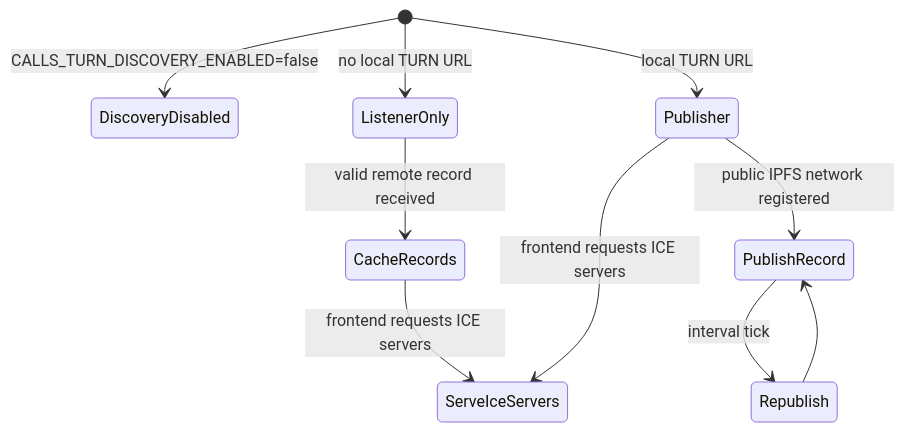
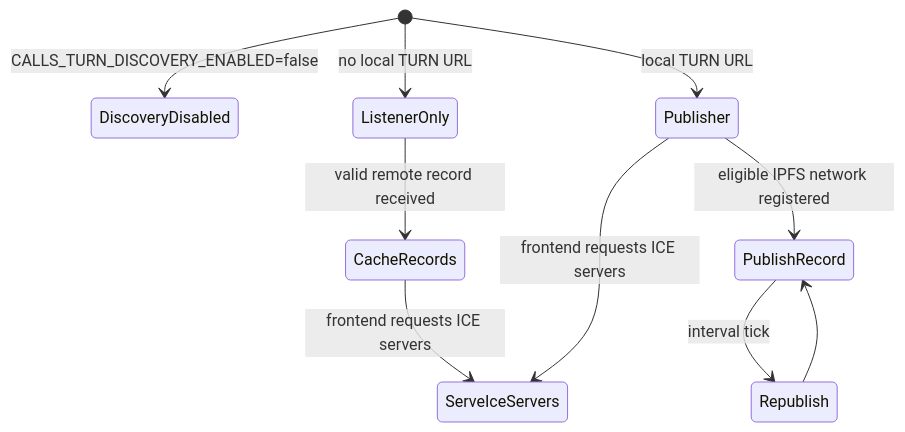
The fifth of 5 diagrams in docs/calls-turn-relay-discovery.md (haskou/pigeon-swarm-node), drawn with Mermaid before and after one commit. The commit also changed other lines of this file and 24 other files, not shown here.

````diff
--- a/docs/calls-turn-relay-discovery.md
+++ b/docs/calls-turn-relay-discovery.md
@@ -368,13 +418,13 @@
 ```mermaid
 stateDiagram-v2
     [*] --> DiscoveryDisabled: CALLS_TURN_DISCOVERY_ENABLED=false
     [*] --> ListenerOnly: no local TURN URL
     [*] --> Publisher: local TURN URL
 
     ListenerOnly --> CacheRecords: valid remote record received
-    Publisher --> PublishRecord: public IPFS network registered
+    Publisher --> PublishRecord: eligible IPFS network registered
     PublishRecord --> Republish: interval tick
     Republish --> PublishRecord
     CacheRecords --> ServeIceServers: frontend requests ICE servers
     Publisher --> ServeIceServers: frontend requests ICE servers
 ```
````
